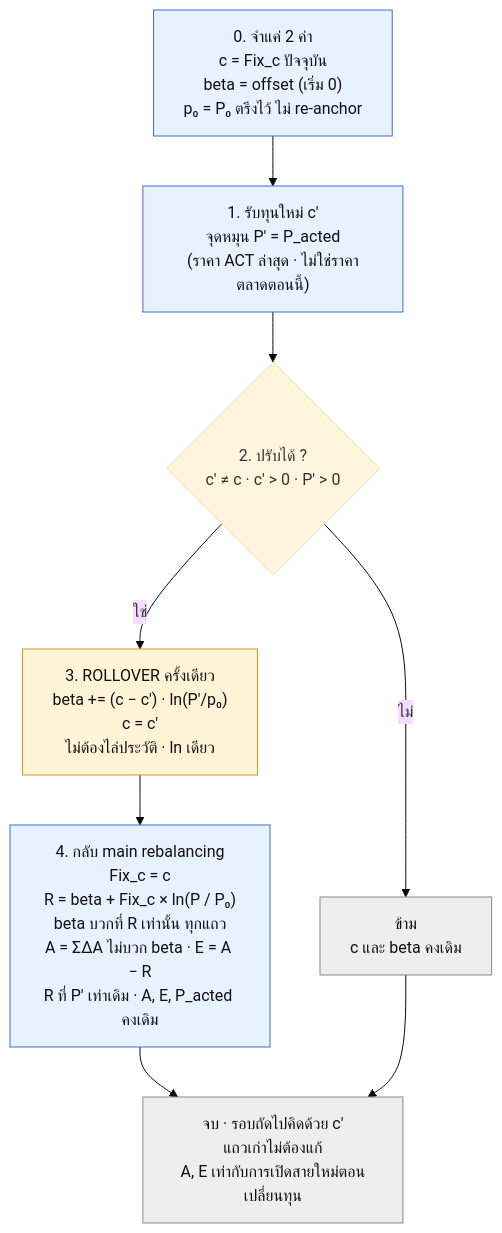
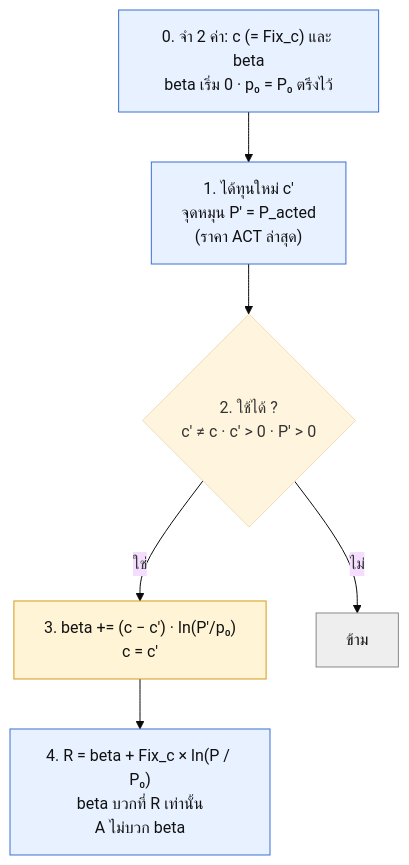
Before and after one commit to firstnattapon/streamlit_lego: the diagram in cheat_sheet/rollover.mmd, drawn with Mermaid (base theme). The commit also changed 3 other files, not shown here.

First line of the commit message:
Cheat Sheet: make the rollover diagram simpler

```diff
--- a/cheat_sheet/rollover.mmd
+++ b/cheat_sheet/rollover.mmd
@@ -1,19 +1,17 @@
 flowchart TD
-    S["0. จำแค่ 2 ค่า<br/>c = Fix_c ปัจจุบัน<br/>beta = offset (เริ่ม 0)<br/>p₀ = P₀ ตรึงไว้ ไม่ re-anchor"] --> A["1. รับทุนใหม่ c′<br/>จุดหมุน P′ = P_acted<br/>(ราคา ACT ล่าสุด · ไม่ใช่ราคาตลาดตอนนี้)"]
+    S["0. จำ 2 ค่า: c (= Fix_c) และ beta<br/>beta เริ่ม 0 · p₀ = P₀ ตรึงไว้"] --> A["1. ได้ทุนใหม่ c′<br/>จุดหมุน P′ = P_acted<br/>(ราคา ACT ล่าสุด)"]
 
-    A --> B{"2. ปรับได้ ?<br/>c′ ≠ c · c′ > 0 · P′ > 0"}
+    A --> B{"2. ใช้ได้ ?<br/>c′ ≠ c · c′ > 0 · P′ > 0"}
 
-    B -->|"ใช่"| C["3. ROLLOVER ครั้งเดียว<br/>beta += (c − c′) · ln(P′/p₀)<br/>c = c′<br/>ไม่ต้องไล่ประวัติ · ln เดียว"]
-    B -->|"ไม่"| SKIP["ข้าม<br/>c และ beta คงเดิม"]
+    B -->|"ใช่"| C["3. beta += (c − c′) · ln(P′/p₀)<br/>c = c′"]
+    B -->|"ไม่"| SKIP["ข้าม"]
 
-    C --> D["4. กลับ main rebalancing<br/>Fix_c = c<br/>R = beta + Fix_c × ln(P / P₀)<br/>beta บวกที่ R เท่านั้น ทุกแถว<br/>A = ΣΔA ไม่บวก beta · E = A − R<br/>R ที่ P′ เท่าเดิม · A, E, P_acted คงเดิม"]
-    D --> DONE["จบ · รอบถัดไปคิดด้วย c′<br/>แถวเก่าไม่ต้องแก้<br/>A, E เท่ากับการเปิดสายใหม่ตอนเปลี่ยนทุน"]
-    SKIP --> DONE
+    C --> D["4. R = beta + Fix_c × ln(P / P₀)<br/>beta บวกที่ R เท่านั้น<br/>A ไม่บวก beta"]
 
     classDef calc fill:#e8f1ff,stroke:#3b6fd4,color:#111;
     classDef act fill:#fff4d6,stroke:#d49a1a,color:#111;
     classDef end_ fill:#eeeeee,stroke:#888,color:#111;
 
     class S,A,D calc;
     class C act;
-    class SKIP,DONE end_;
+    class SKIP end_;
```
